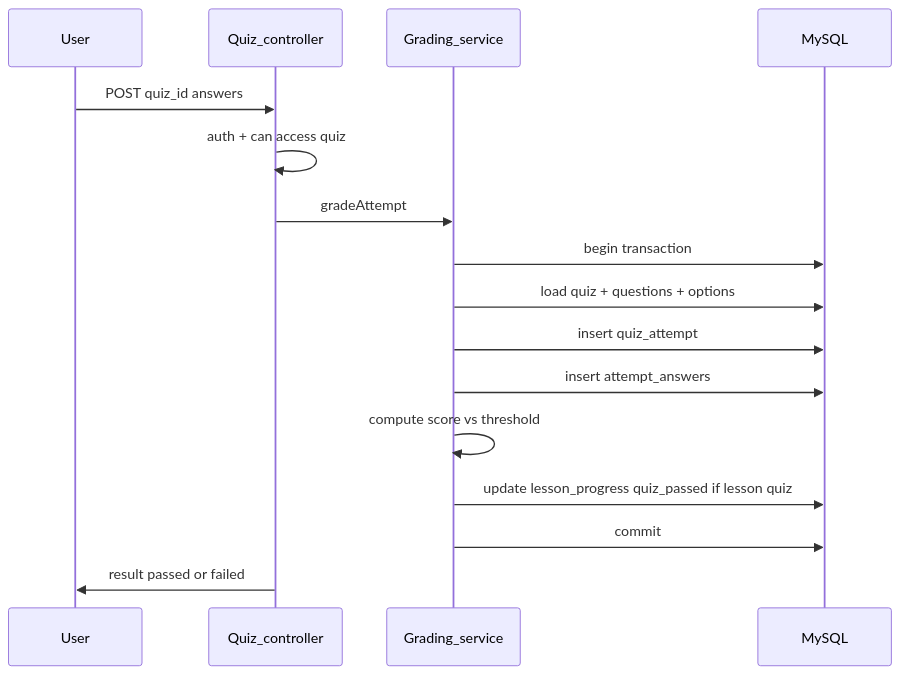
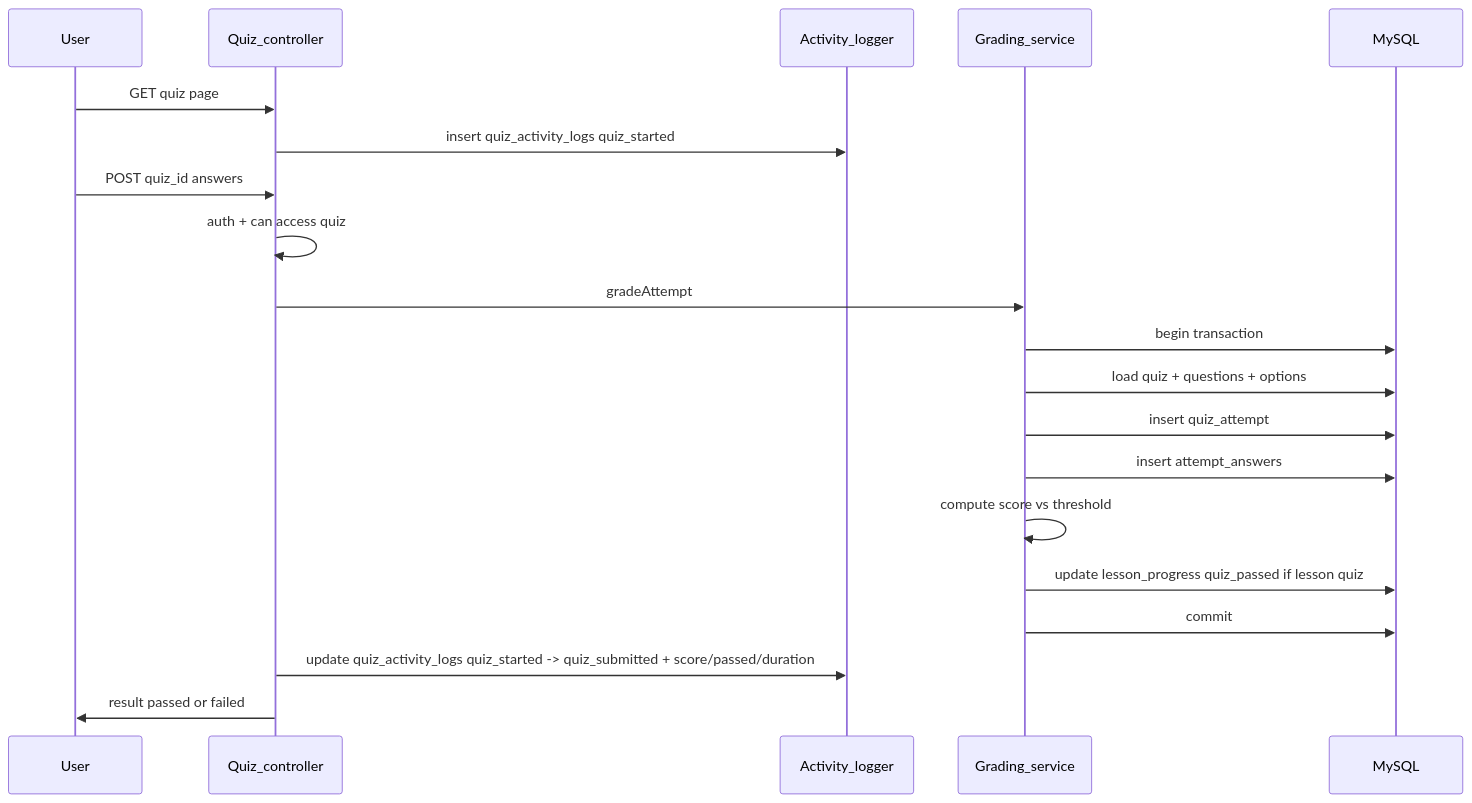
The second of 3 diagrams in docs/sequence-critical-flows.md (ThawHtooZin/protech_learning), drawn with Mermaid before and after one commit. The commit also changed other lines of this file and 57 other files, not shown here.

Commit message:
Added more Features and Edited Learning Flow

````diff
--- a/docs/sequence-critical-flows.md
+++ b/docs/sequence-critical-flows.md
@@ -36,18 +39,22 @@
 ```mermaid
 sequenceDiagram
   participant User
   participant QuizCtrl as Quiz_controller
+  participant Monitor as Activity_logger
   participant GradeSvc as Grading_service
   participant DB as MySQL
+  User ->> QuizCtrl: GET quiz page
+  QuizCtrl ->> Monitor: insert quiz_activity_logs quiz_started
   User ->> QuizCtrl: POST quiz_id answers
   QuizCtrl ->> QuizCtrl: auth + can access quiz
   QuizCtrl ->> GradeSvc: gradeAttempt
   GradeSvc ->> DB: begin transaction
   GradeSvc ->> DB: load quiz + questions + options
   GradeSvc ->> DB: insert quiz_attempt
   GradeSvc ->> DB: insert attempt_answers
   GradeSvc ->> GradeSvc: compute score vs threshold
   GradeSvc ->> DB: update lesson_progress quiz_passed if lesson quiz
   GradeSvc ->> DB: commit
+  QuizCtrl ->> Monitor: update quiz_activity_logs quiz_started -> quiz_submitted + score/passed/duration
   QuizCtrl ->> User: result passed or failed
 ```
````
